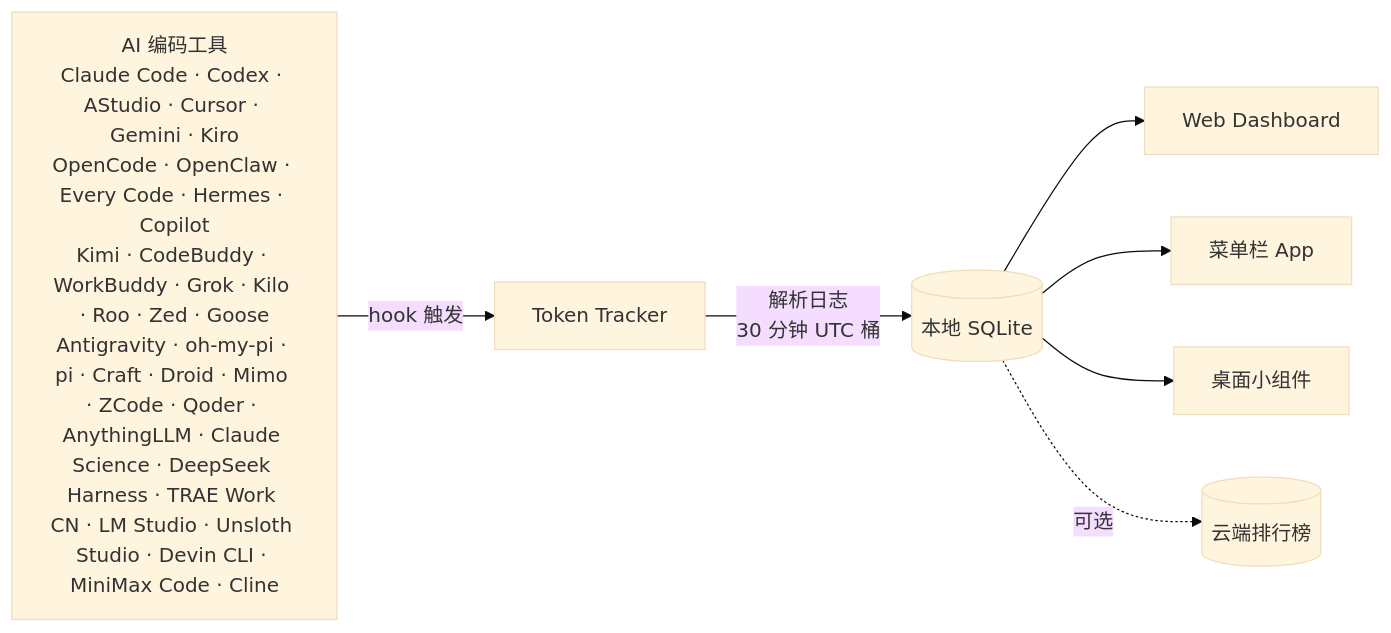
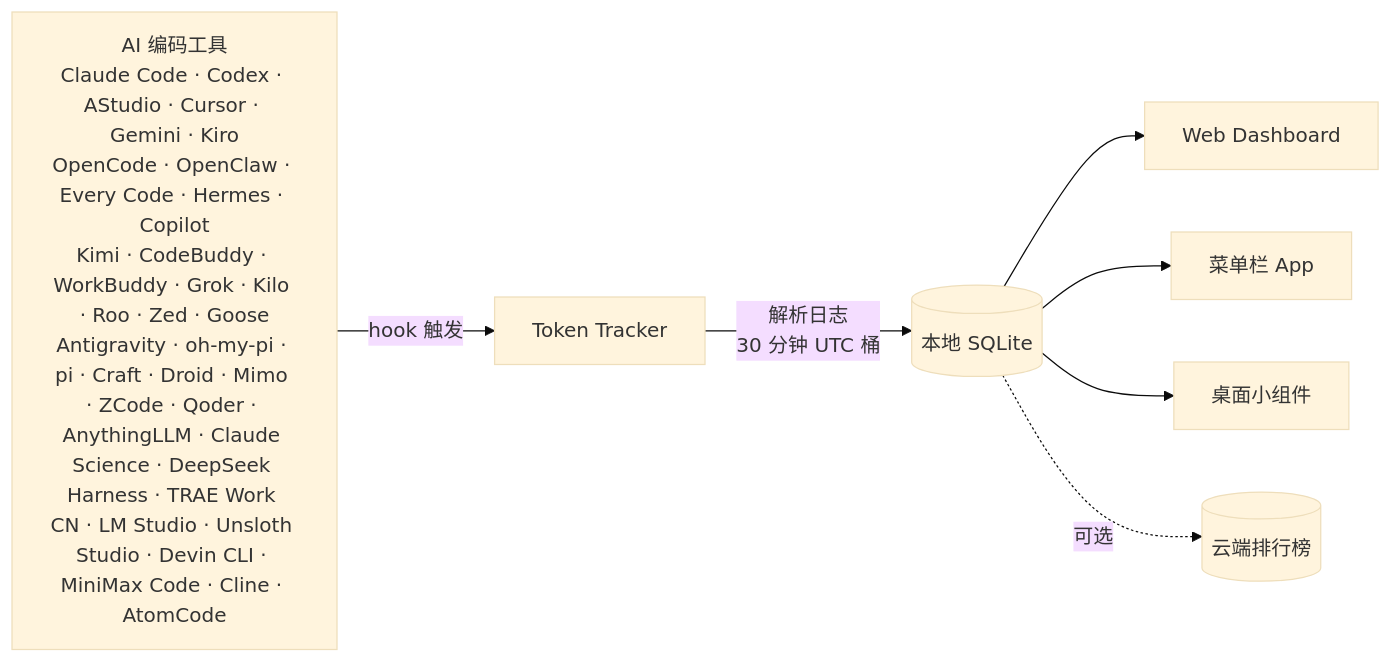
The diagram in README.zh-CN.md (xiufengsun/TokenTracker), drawn with Mermaid (base theme) before and after one commit. The commit also changed other lines of this file and 12 other files, not shown here.

First line of the commit message:
feat: add AtomCode (AtomGit model-agent) as a passive datalog source

````diff
--- a/README.zh-CN.md
+++ b/README.zh-CN.md
@@ -247,10 +248,10 @@
 ```mermaid
 flowchart LR
-    A["AI 编码工具<br/>Claude Code · Codex · AStudio · Cursor · Gemini · Kiro<br/>OpenCode · OpenClaw · Every Code · Hermes · Copilot<br/>Kimi · CodeBuddy · WorkBuddy · Grok · Kilo · Roo · Zed · Goose<br/>Antigravity · oh-my-pi · pi · Craft · Droid · Mimo · ZCode · Qoder · AnythingLLM · Claude Science · DeepSeek Harness · TRAE Work CN · LM Studio · Unsloth Studio · Devin CLI · MiniMax Code · Cline"]
+    A["AI 编码工具<br/>Claude Code · Codex · AStudio · Cursor · Gemini · Kiro<br/>OpenCode · OpenClaw · Every Code · Hermes · Copilot<br/>Kimi · CodeBuddy · WorkBuddy · Grok · Kilo · Roo · Zed · Goose<br/>Antigravity · oh-my-pi · pi · Craft · Droid · Mimo · ZCode · Qoder · AnythingLLM · Claude Science · DeepSeek Harness · TRAE Work CN · LM Studio · Unsloth Studio · Devin CLI · MiniMax Code · Cline · AtomCode"]
     A -->|hook 触发| B[Token Tracker]
     B -->|解析日志<br/>30 分钟 UTC 桶| C[(本地 SQLite)]
     C --> D[Web Dashboard]
     C --> E[菜单栏 App]
     C --> F[桌面小组件]
     C -.->|可选| G[(云端排行榜)]
 ```
````
